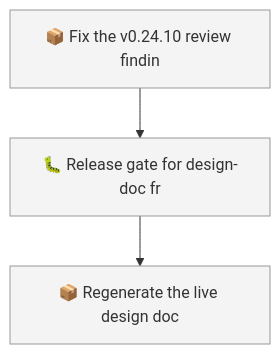
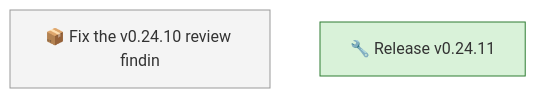
One commit to SpillwaveSolutions/wiki_ticket_sdd changed the first of 2 diagrams in docs/roadmap.md. Above: the diagram before and after it, drawn with Mermaid. The commit also changed other lines of this file and 10 other files, not shown here.

Commit message:
chore(changelog): open the 0.24.12 section above the stamped 0.24.11 (01M2XCWMVEH3XFP2VPS9JBD6XN)

````diff
--- a/docs/roadmap.md
+++ b/docs/roadmap.md
@@ -41,10 +43,9 @@
 ```mermaid
 graph TD
     01M2XCWMV0QYM4ZRBWN1V1327B["📦 Fix the v0.24.10 review findin"]
-    01M2XCWMVEH3XFP2VPS9JBD6XQ["🐛 Release gate for design-doc fr"]
-    01M2XCWMVEH3XFP2VPS9JBD6XS["📦 Regenerate the live design doc"]
-    01M2XCWMV0QYM4ZRBWN1V1327B --> 01M2XCWMVEH3XFP2VPS9JBD6XQ
-    01M2XCWMVEH3XFP2VPS9JBD6XQ --> 01M2XCWMVEH3XFP2VPS9JBD6XS
+    01M2XJARKTEH7VG74N3M0ZG66S["🔧 Release v0.24.11"]
     classDef todo fill:#f4f4f4,stroke:#999999
-    class 01M2XCWMV0QYM4ZRBWN1V1327B,01M2XCWMVEH3XFP2VPS9JBD6XQ,01M2XCWMVEH3XFP2VPS9JBD6XS todo
+    class 01M2XCWMV0QYM4ZRBWN1V1327B todo
+    classDef in_progress fill:#d9f2d9,stroke:#2e7d32
+    class 01M2XJARKTEH7VG74N3M0ZG66S in_progress
 ```
````
